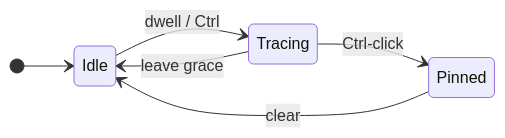
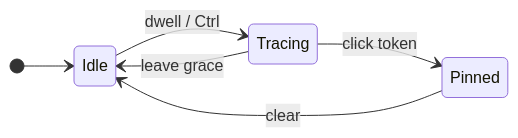
Before and after one commit to matkleve/codegrapher: the second of 2 diagrams in docs/specs/system/preview-edges.md, drawn with Mermaid. The commit also changed other lines of this file and 26 other files, not shown here.

````diff
--- a/docs/specs/system/preview-edges.md
+++ b/docs/specs/system/preview-edges.md
@@ -70,9 +71,9 @@
 ```mermaid
 stateDiagram-v2
   direction LR
   [*] --> Idle
   Idle --> Tracing: dwell / Ctrl
   Tracing --> Idle: leave grace
-  Tracing --> Pinned: Ctrl-click
+  Tracing --> Pinned: click token
   Pinned --> Idle: clear
 ```
````
